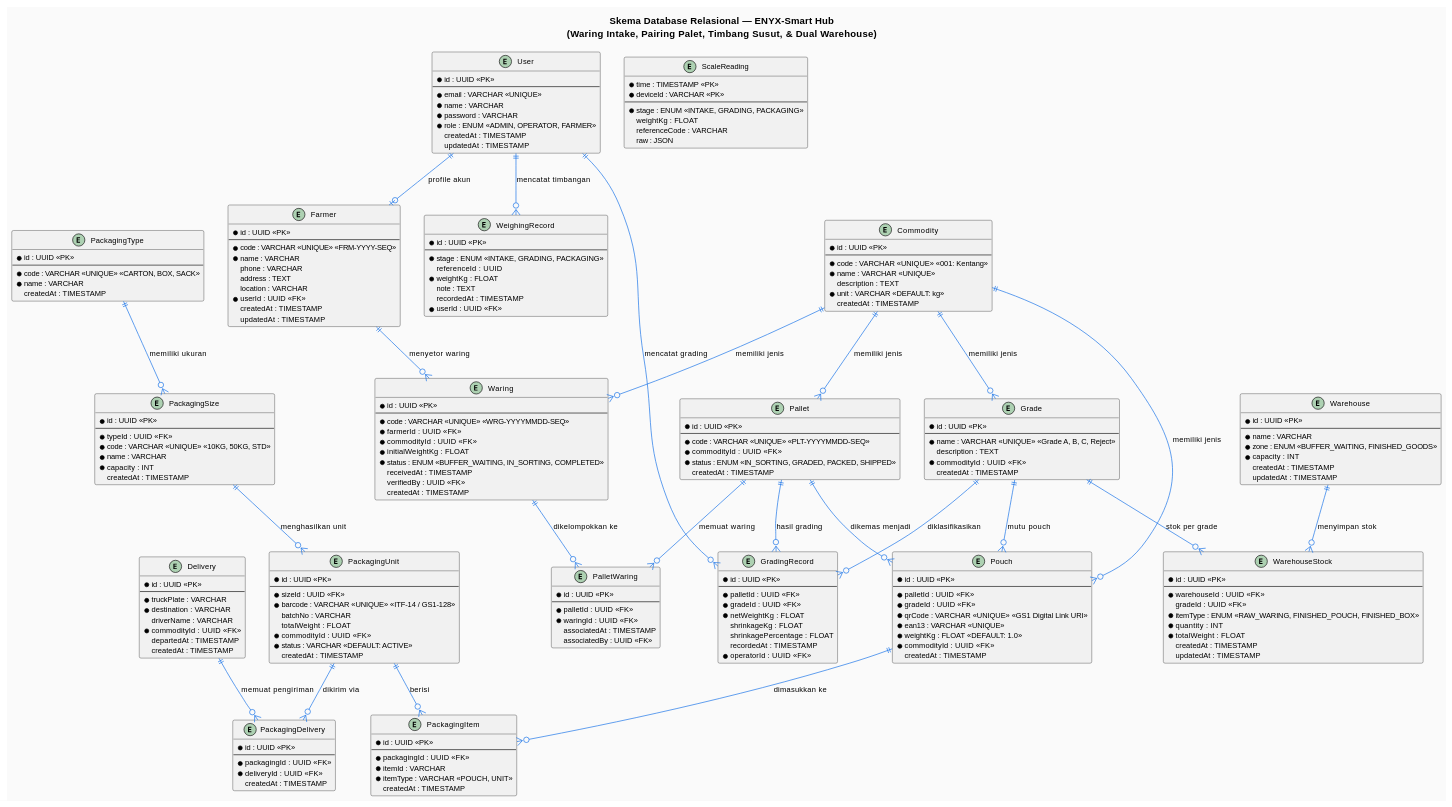
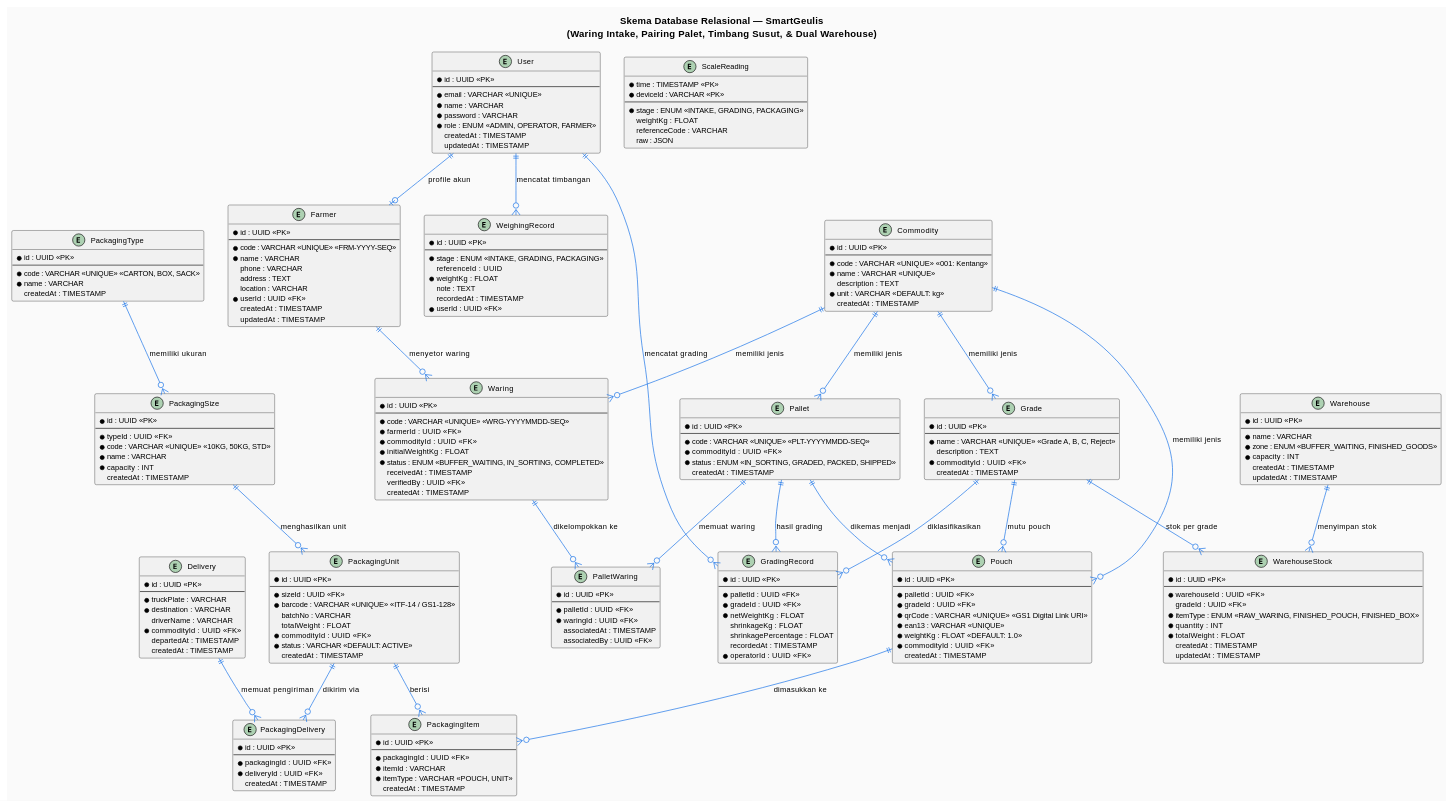
Before and after one commit to Rezen351/smarthub: the third of 3 diagrams in docs/DIAGRAM.md, drawn with PlantUML. The commit also changed other lines of this file and 12 other files, not shown here.

Commit message:
docs(branding): standardize naming from ENYX-Smart Hub to SmartGeulis across documentation and firmware

```diff
--- a/docs/DIAGRAM.md
+++ b/docs/DIAGRAM.md
@@ -387,7 +387,7 @@
 skinparam DefaultFontName Arial
 skinparam DefaultFontSize 11
 
-title Skema Database Relasional — ENYX-Smart Hub\n(Waring Intake, Pairing Palet, Timbang Susut, & Dual Warehouse)
+title Skema Database Relasional — SmartGeulis\n(Waring Intake, Pairing Palet, Timbang Susut, & Dual Warehouse)
 
 ' ============================================================
 ' CORE MODELS
```
